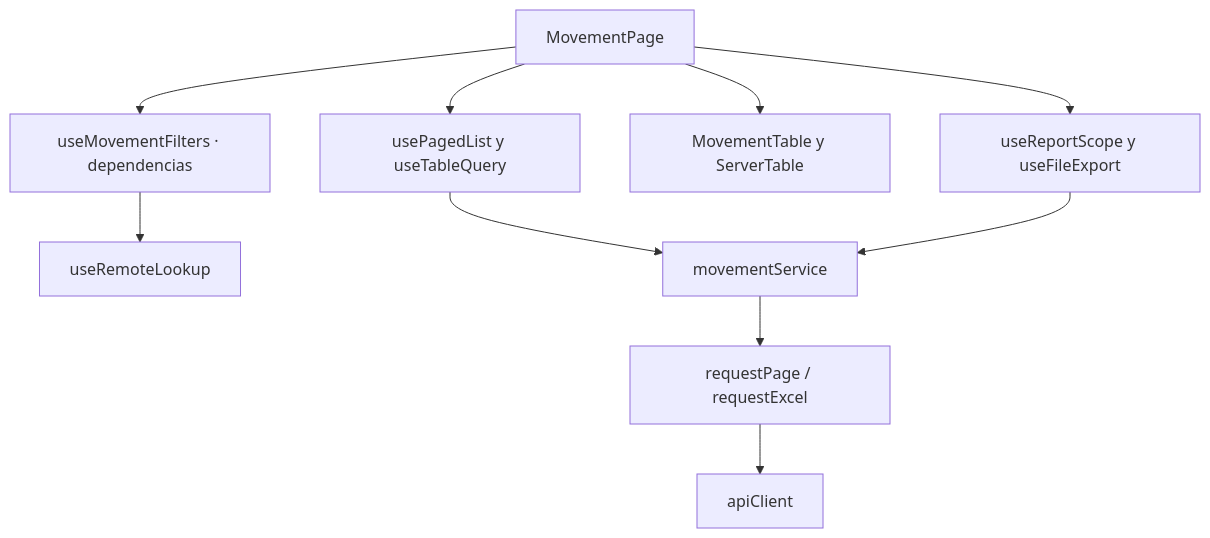
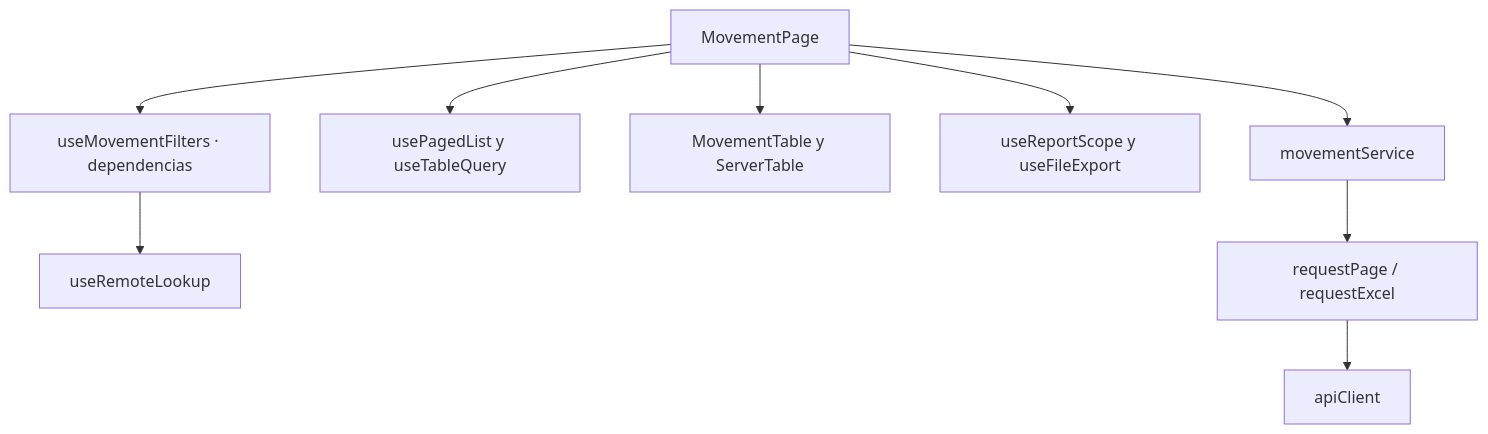
Before and after one commit to gpgsistemas01/nexus: the diagram in front/docs/architecture/views/logical/components/05-movements.md, drawn with Mermaid. The commit also changed other lines of this file and 227 other files, not shown here.

````diff
--- a/front/docs/architecture/views/logical/components/05-movements.md
+++ b/front/docs/architecture/views/logical/components/05-movements.md
@@ -7,12 +9,11 @@
 ```mermaid
 flowchart TB
     page["MovementPage"] --> filters["useMovementFilters · dependencias"]
     page --> list["usePagedList y useTableQuery"]
     page --> table["MovementTable y ServerTable"]
     page --> report["useReportScope y useFileExport"]
     filters --> lookups["useRemoteLookup"]
-    list --> service["movementService"]
-    report --> service
+    page --> service["movementService"]
     service --> transport["requestPage / requestExcel"]
     transport --> http["apiClient"]
 ```
````
